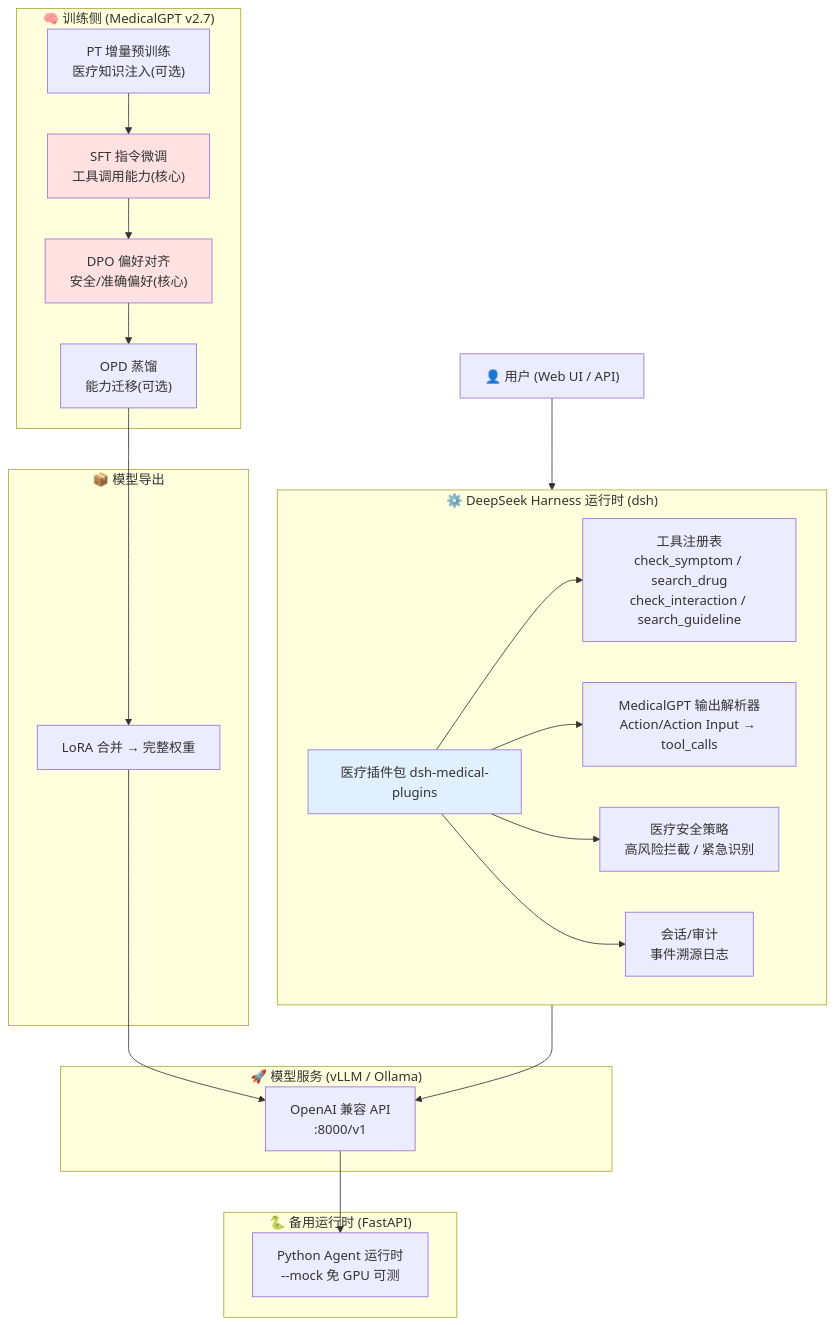
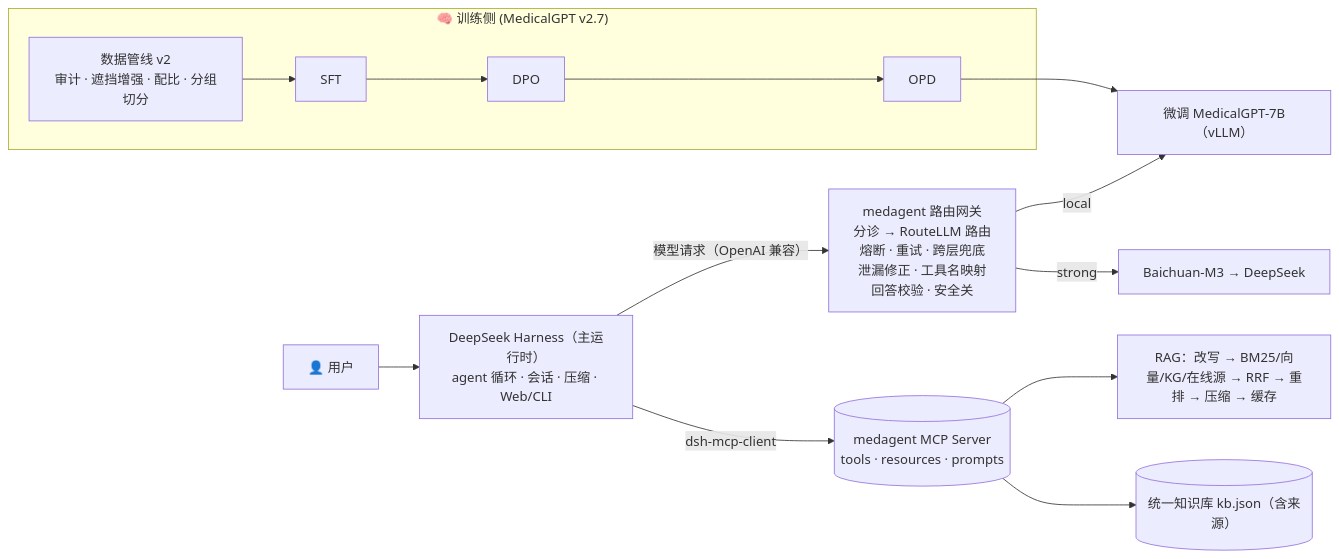
Before and after one commit to Gaogxx/MedicalGPT_agent: the diagram in README.md, drawn with Mermaid. The commit also changed other lines of this file and 145 other files, not shown here.

First line of the commit message:
v2/v3 重构：MCP 工具层、RouteLLM 三档路由、RAG、容错层、Jev 适配、数据 v3 与评测迭代

````diff
--- a/README.md
+++ b/README.md
@@ -42,41 +42,14 @@
 ```mermaid
-flowchart TB
+flowchart LR
     subgraph Training["🧠 训练侧 (MedicalGPT v2.7)"]
-        PT["PT 增量预训练<br/>医疗知识注入(可选)"]
-        SFT["SFT 指令微调<br/>工具调用能力(核心)"]
-        DPO["DPO 偏好对齐<br/>安全/准确偏好(核心)"]
-        OPD["OPD 蒸馏<br/>能力迁移(可选)"]
-        PT --> SFT --> DPO --> OPD
+        DP["数据管线 v2<br/>审计 · 遮挡增强 · 配比 · 分组切分"] --> SFT["SFT"] --> DPO["DPO"] --> OPD["OPD"]
     end
-
-    subgraph Export["📦 模型导出"]
-        Merge["LoRA 合并 → 完整权重"]
-        OPD --> Merge
-    end
-
-    subgraph Serving["🚀 模型服务 (vLLM / Ollama)"]
-        VLLM["OpenAI 兼容 API<br/>:8000/v1"]
-        Merge --> VLLM
-    end
-
-    subgraph Runtime["⚙️ DeepSeek Harness 运行时 (dsh)"]
-        Plugin["医疗插件包 dsh-medical-plugins"]
-        Tools["工具注册表<br/>check_symptom / search_drug<br/>check_interaction / search_guideline"]
-        Parser["MedicalGPT 输出解析器<br/>Action/Action Input → tool_calls"]
-        Safety["医疗安全策略<br/>高风险拦截 / 紧急识别"]
-        Audit["会话/审计<br/>事件溯源日志"]
-        Plugin --> Tools & Parser & Safety & Audit
-    end
-
-    subgraph Fallback["🐍 备用运行时 (FastAPI)"]
-        FastAPI["Python Agent 运行时<br/>--mock 免 GPU 可测"]
-    end
-
-    Client["👤 用户 (Web UI / API)"] --> Runtime
-    Runtime --> VLLM
-    VLLM --> FastAPI
-
-    style SFT fill:#ffe1e1
-    style DPO fill:#ffe1e1
-    style Plugin fill:#e1f0ff
+    U["👤 用户"] --> DSH["DeepSeek Harness（主运行时）<br/>agent 循环 · 会话 · 压缩 · Web/CLI"]
+    DSH -- "模型请求（OpenAI 兼容）" --> GW["medagent 路由网关<br/>分诊 → RouteLLM 路由<br/>熔断 · 重试 · 跨层兜底<br/>泄漏修正 · 工具名映射<br/>回答校验 · 安全关"]
+    GW -- local --> L["微调 MedicalGPT-7B（vLLM）"]
+    GW -- strong --> S["Baichuan-M3 → DeepSeek"]
+    OPD --> L
+    DSH -- "dsh-mcp-client" --> MCP[("medagent MCP Server<br/>tools · resources · prompts")]
+    MCP --> RAG["RAG：改写 → BM25/向量/KG/在线源 → RRF → 重排 → 压缩 → 缓存"]
+    MCP --> KB[("统一知识库 kb.json（含来源）")]
 ```
````
